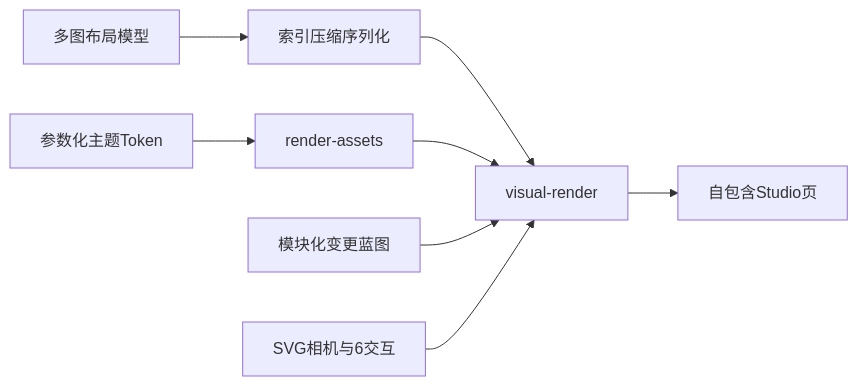
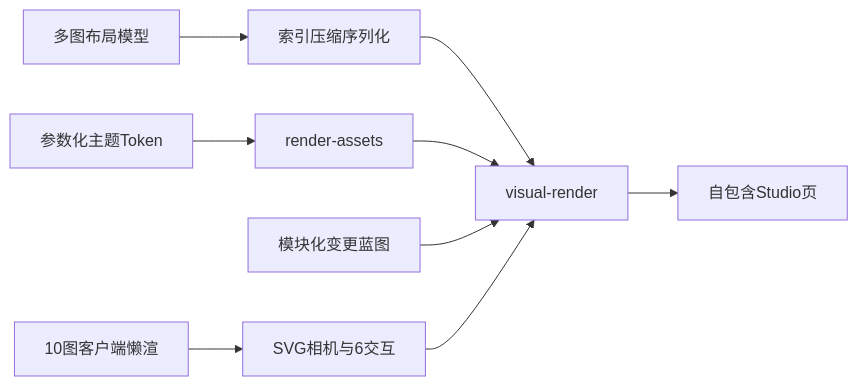
One commit to FiretrUCK666/project-forge changed the diagram in docs/specs/261127-studio-ux-lazy-renderer-spec.md. Above: the diagram before and after it, drawn with Mermaid. The commit also changed other lines of this file and 3 other files, not shown here.

````diff
--- a/docs/specs/261127-studio-ux-lazy-renderer-spec.md
+++ b/docs/specs/261127-studio-ux-lazy-renderer-spec.md
@@ -63,10 +67,11 @@
 ```mermaid
 flowchart LR
   Model["多图布局模型"] --> Ser["索引压缩序列化"]
   Ser --> Shell["visual-render"]
   Theme["参数化主题Token"] --> Css["render-assets"]
   Css --> Shell
   BP["模块化变更蓝图"] --> Shell
-  Client["SVG相机与6交互"] --> Shell
+  Cam["SVG相机与6交互"] --> Shell
+  Diag["10图客户端懒渲"] --> Cam
   Shell --> Out["自包含Studio页"]
 ```
````
